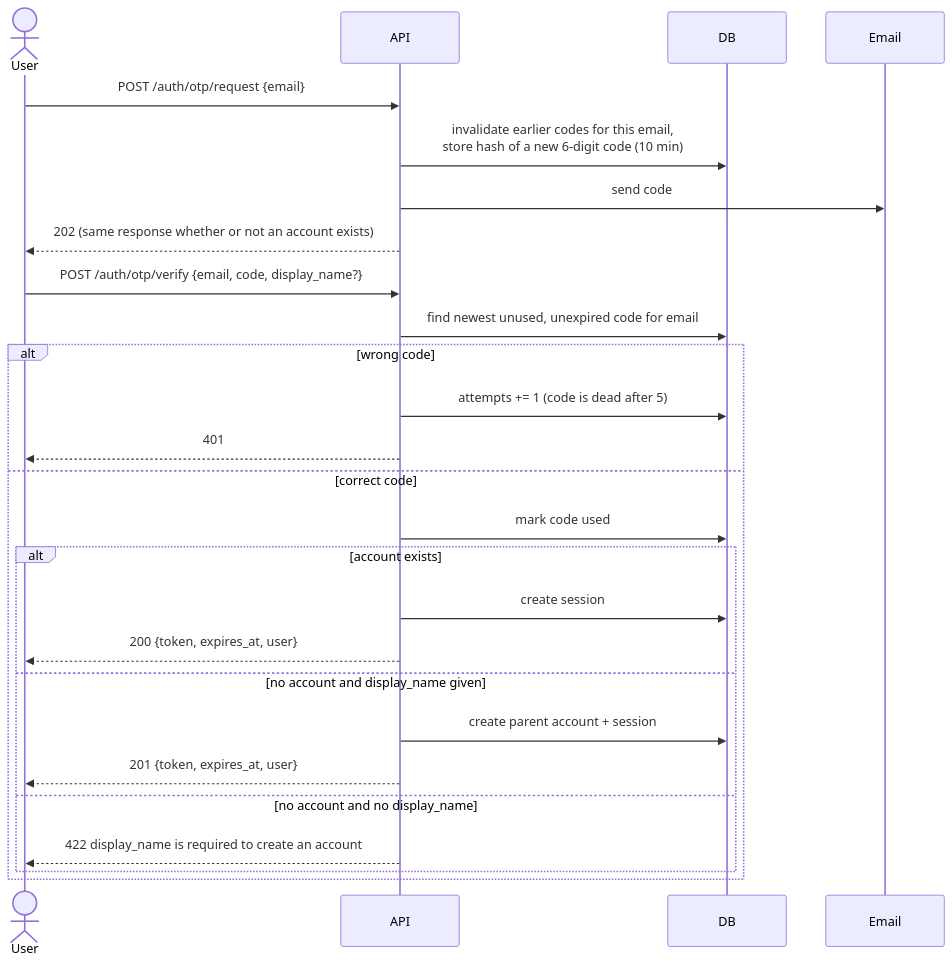
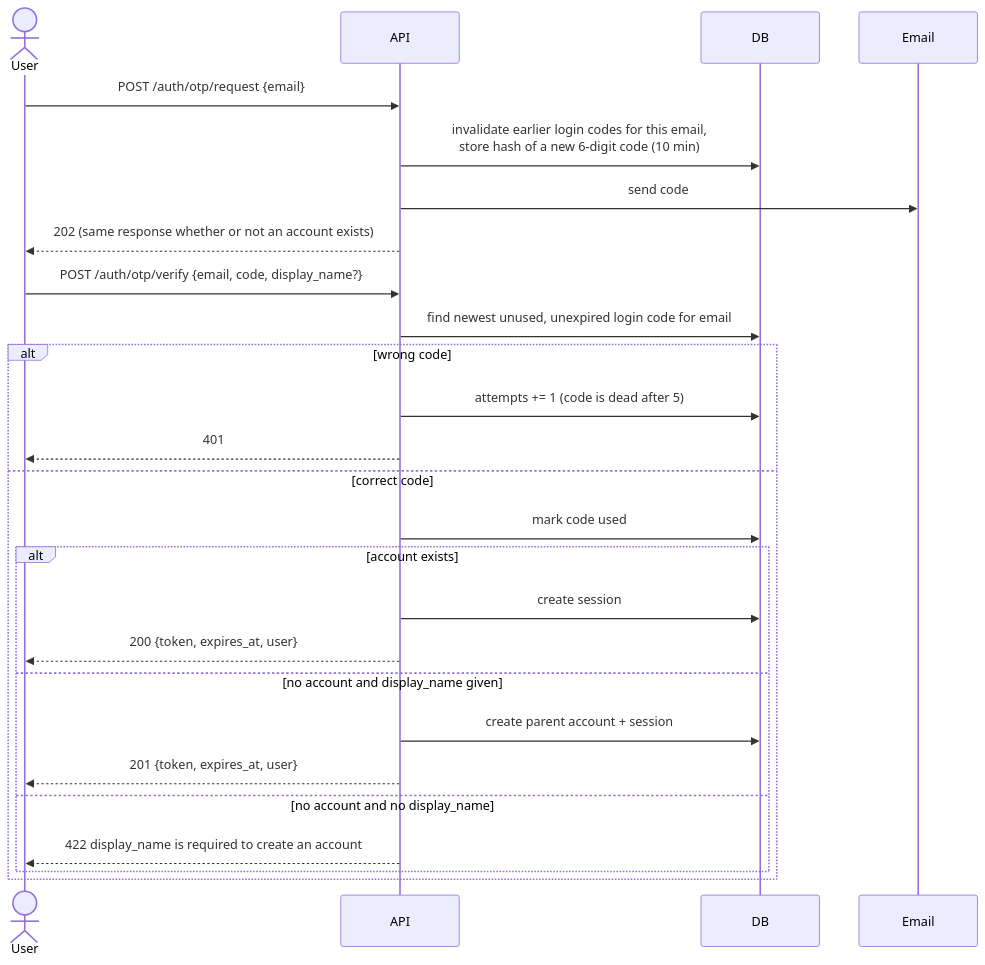
Before and after one commit to vanessa-arruda/capycoin-app: the second of 8 diagrams in docs/api.md, drawn with Mermaid. The commit also changed other lines of this file and 14 other files, not shown here.

````diff
--- a/docs/api.md
+++ b/docs/api.md
@@ -69,30 +69,30 @@
 ```mermaid
 sequenceDiagram
     actor User
     participant API
     participant DB
     participant Email
 
     User->>API: POST /auth/otp/request {email}
-    API->>DB: invalidate earlier codes for this email,<br/>store hash of a new 6-digit code (10 min)
+    API->>DB: invalidate earlier login codes for this email,<br/>store hash of a new 6-digit code (10 min)
     API->>Email: send code
     API-->>User: 202 (same response whether or not an account exists)
 
     User->>API: POST /auth/otp/verify {email, code, display_name?}
-    API->>DB: find newest unused, unexpired code for email
+    API->>DB: find newest unused, unexpired login code for email
     alt wrong code
         API->>DB: attempts += 1 (code is dead after 5)
         API-->>User: 401
     else correct code
         API->>DB: mark code used
         alt account exists
             API->>DB: create session
             API-->>User: 200 {token, expires_at, user}
         else no account and display_name given
             API->>DB: create parent account + session
             API-->>User: 201 {token, expires_at, user}
         else no account and no display_name
             API-->>User: 422 display_name is required to create an account
         end
     end
 ```
````
